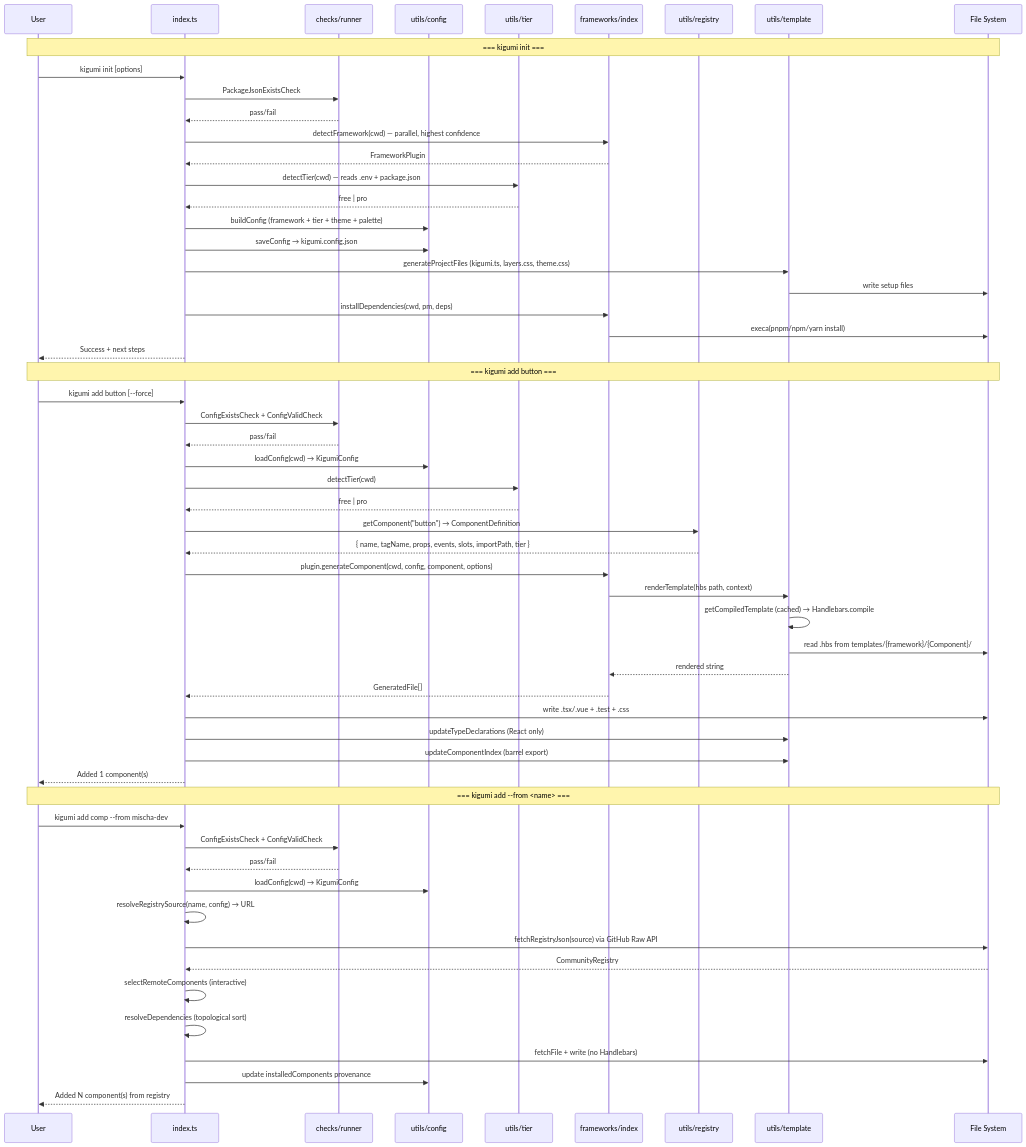
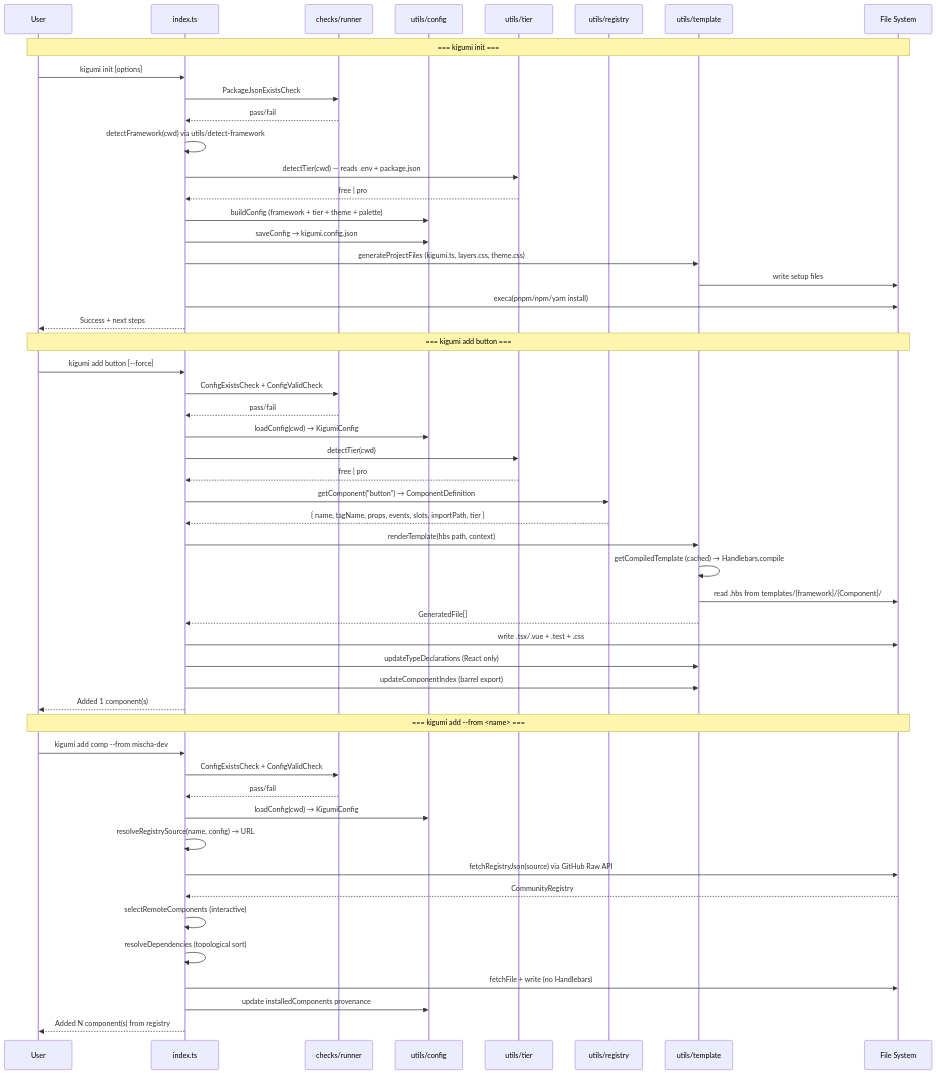
One commit to kigumi-ui/kigumi-cli changed the second of 4 diagrams in AGENTS.md. Above: the diagram before and after it, drawn with Mermaid. The commit also changed other lines of this file and 30 other files, not shown here.

First line of the commit message:
fix: drop dead framework plugin system (cluster γ: F-024, F-028, F-029) (#110)

````diff
--- a/AGENTS.md
+++ b/AGENTS.md
@@ -512,62 +498,57 @@
 ```mermaid
 sequenceDiagram
     participant User
     participant CLI as index.ts
     participant Checks as checks/runner
     participant Config as utils/config
     participant Tier as utils/tier
-    participant FW as frameworks/index
     participant Reg as utils/registry
     participant Tpl as utils/template
     participant FS as File System
 
     Note over User,FS: === kigumi init ===
     User->>CLI: kigumi init [options]
     CLI->>Checks: PackageJsonExistsCheck
     Checks-->>CLI: pass/fail
-    CLI->>FW: detectFramework(cwd) — parallel, highest confidence
-    FW-->>CLI: FrameworkPlugin
+    CLI->>CLI: detectFramework(cwd) via utils/detect-framework
     CLI->>Tier: detectTier(cwd) — reads .env + package.json
     Tier-->>CLI: free | pro
     CLI->>Config: buildConfig (framework + tier + theme + palette)
     CLI->>Config: saveConfig → kigumi.config.json
     CLI->>Tpl: generateProjectFiles (kigumi.ts, layers.css, theme.css)
     Tpl->>FS: write setup files
-    CLI->>FW: installDependencies(cwd, pm, deps)
-    FW->>FS: execa(pnpm/npm/yarn install)
+    CLI->>FS: execa(pnpm/npm/yarn install)
     CLI-->>User: Success + next steps
 
     Note over User,FS: === kigumi add button ===
     User->>CLI: kigumi add button [--force]
     CLI->>Checks: ConfigExistsCheck + ConfigValidCheck
     Checks-->>CLI: pass/fail
     CLI->>Config: loadConfig(cwd) → KigumiConfig
     CLI->>Tier: detectTier(cwd)
     Tier-->>CLI: free | pro
     CLI->>Reg: getComponent("button") → ComponentDefinition
     Reg-->>CLI: { name, tagName, props, events, slots, importPath, tier }
-    CLI->>FW: plugin.generateComponent(cwd, config, component, options)
-    FW->>Tpl: renderTemplate(hbs path, context)
+    CLI->>Tpl: renderTemplate(hbs path, context)
     Tpl->>Tpl: getCompiledTemplate (cached) → Handlebars.compile
     Tpl->>FS: read .hbs from templates/{framework}/{Component}/
-    Tpl-->>FW: rendered string
-    FW-->>CLI: GeneratedFile[]
+    Tpl-->>CLI: GeneratedFile[]
     CLI->>FS: write .tsx/.vue + .test + .css
     CLI->>Tpl: updateTypeDeclarations (React only)
     CLI->>Tpl: updateComponentIndex (barrel export)
     CLI-->>User: Added 1 component(s)
 
     Note over User,FS: === kigumi add --from <name> ===
     User->>CLI: kigumi add comp --from mischa-dev
     CLI->>Checks: ConfigExistsCheck + ConfigValidCheck
     Checks-->>CLI: pass/fail
     CLI->>Config: loadConfig(cwd) → KigumiConfig
     CLI->>CLI: resolveRegistrySource(name, config) → URL
     CLI->>FS: fetchRegistryJson(source) via GitHub Raw API
     FS-->>CLI: CommunityRegistry
     CLI->>CLI: selectRemoteComponents (interactive)
     CLI->>CLI: resolveDependencies (topological sort)
     CLI->>FS: fetchFile + write (no Handlebars)
     CLI->>Config: update installedComponents provenance
     CLI-->>User: Added N component(s) from registry
 ```
````
